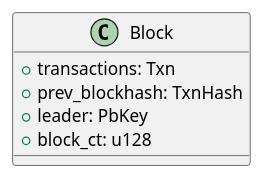
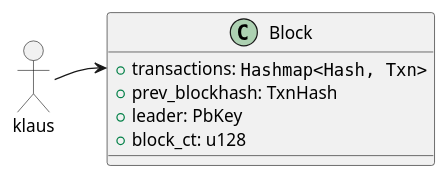
One commit to mrlucciola/proof-of-stake changed the diagram in diagrams/blocks.puml. Above: the diagram before and after it, drawn with PlantUML. The commit also changed 4 other files, not shown here.

```diff
--- a/diagrams/blocks.puml
+++ b/diagrams/blocks.puml
@@ -1,11 +1,16 @@
 @startuml
+allowmixing
+
 ' `-`: private, `#`: protected, `~`: package private, `+`: public
 class "Block" as bl {
-  +transactions: Txn
+  +transactions: ""Hashmap<Hash, Txn>""
   +prev_blockhash: TxnHash
   +leader: PbKey
   +block_ct: u128
 }
 
+actor klaus
+
+klaus -> bl::transactions
 
 @enduml
```
